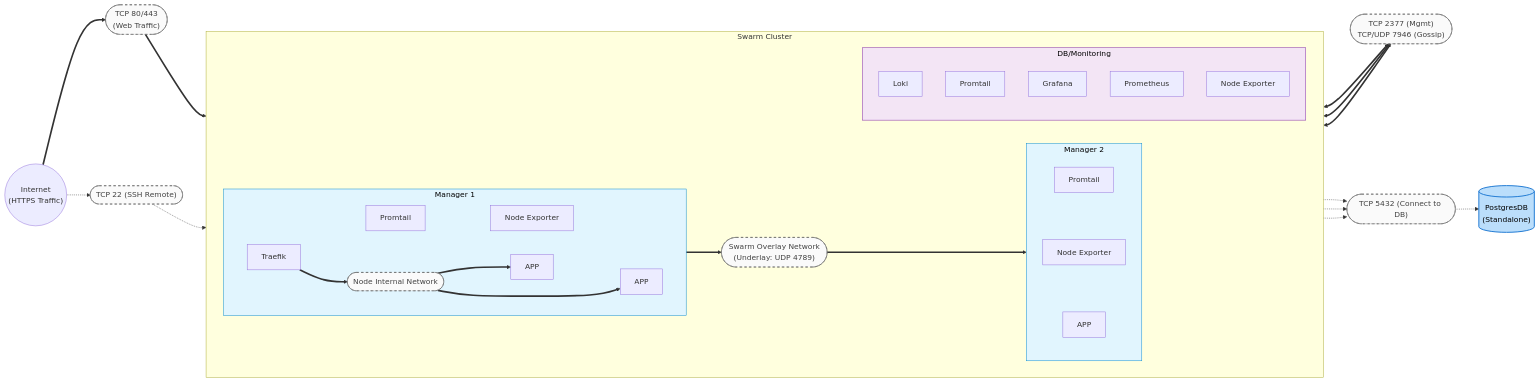
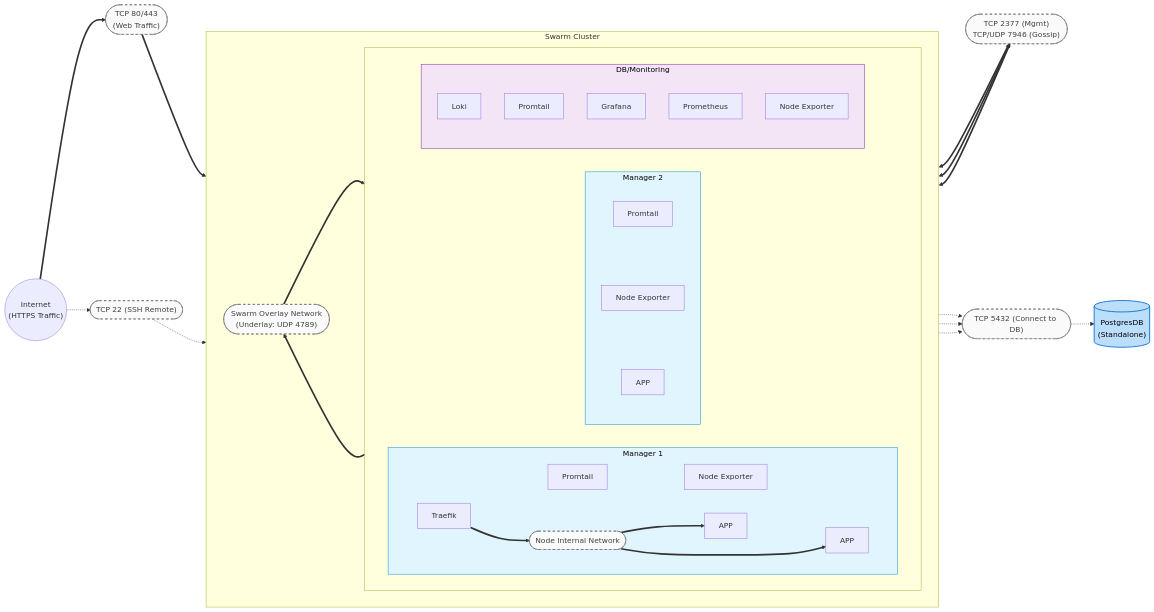
One commit to DevOps26-RE/DevOps26_RE_minitwit changed the first of 2 diagrams in report/systems/sections/charts/deployment.md. Above: the diagram before and after it, drawn with Mermaid. The commit also changed 8 other files, not shown here.

````diff
--- a/report/systems/sections/charts/deployment.md
+++ b/report/systems/sections/charts/deployment.md
@@ -15,77 +15,81 @@
 ```mermaid
 flowchart LR
 Internet(("Internet\n(HTTPS Traffic)"))
 PostgresDB[("PostgresDB\n(Standalone)")]
 
 
 WebTraffic(["TCP 80/443\n (Web Traffic)"])
 SSH(["TCP 22 (SSH Remote)"]) ~~~
 MgmtBus(["TCP 2377 (Mgmt)<br/>TCP/UDP 7946 (Gossip)"])
 CnDB(["TCP 5432 (Connect to DB)"])
 
 subgraph SwarmCluster ["Swarm Cluster"]
     direction LR
     Overlay(["Swarm Overlay Network\n(Underlay: UDP 4789)"])
-    subgraph Node1 ["Manager 1"]
+    subgraph ClusterNodes [" "]
         direction LR
-        NodeInternal(["Node Internal Network"])
-        T1[Traefik] ~~~ P1[Promtail] ~~~ NE1[Node Exporter]
-        W1[APP] ~~~ W2[APP]
-    end
-        
-    subgraph Node2 ["Manager 2"]
-        direction TB
-        P2[Promtail] ~~~ NE2[Node Exporter] ~~~ W3[APP]
-    end
-    
-    subgraph Node3 ["DB/Monitoring"]
-        direction TB
-        Lok[Loki] 
-        P3[Promtail]
-        Graf[Grafana]
-        Prom[Prometheus]
-        NE3[Node Exporter]
+        subgraph Node1 ["Manager 1"]
+            direction LR
+            NodeInternal(["Node Internal Network"])
+            T1[Traefik] ~~~ P1[Promtail] ~~~ NE1[Node Exporter]
+            W1[APP] ~~~ W2[APP]
         end
+
+        subgraph Node2 ["Manager 2"]
+            direction TB
+            P2[Promtail] ~~~ NE2[Node Exporter] ~~~ W3[APP]
+        end
+
+        subgraph Node3 ["DB/Monitoring"]
+            direction TB
+            Lok[Loki] 
+            P3[Promtail]
+            Graf[Grafana]
+            Prom[Prometheus]
+            NE3[Node Exporter]
+        end
+        end
+    Overlay ~~~ ClusterNodes
 end
 
 %% Cluster Internal Communication
 Node1 <==> MgmtBus
 Node2 <==> MgmtBus
 Node3 <==> MgmtBus
 
 %% External Entry Points (Routing through Firewall)
 Internet ==> WebTraffic
 WebTraffic ==> T1
 
 Internet -.-> SSH
 SSH -.-> SwarmCluster
 
 %% Overlay Networking (Inter-node Traffic)
 T1 ==> Overlay
 T1 ==> NodeInternal
 NodeInternal ==> W1
 NodeInternal ==> W2
 Overlay ==> W3
 
 %% Database Access Path
 W1 -.-> CnDB
 W2 -.-> CnDB
 W3 -.-> CnDB
 CnDB -.-> PostgresDB
 
 
 
 
 
 %% Styles
 classDef ingress fill:#e1f5fe,stroke:#0288d1,color:#000000;
 classDef monitor fill:#f3e5f5,stroke:#7b1fa2,color:#000000;
 classDef db fill:#bbdefb,stroke:#1976d2,color:#000000,stroke-width:2px;
 classDef bus fill:#fafafa,stroke:#616161,color:#424242,stroke-width:1px,stroke-dasharray: 5 5;
 
 class Node1,Node2 ingress;
 class Node3 monitor;
 class PostgresDB db;
 class MgmtBus,CnDB,SSH,Overlay,WebTraffic,NodeInternal bus;
 
 ```
````
